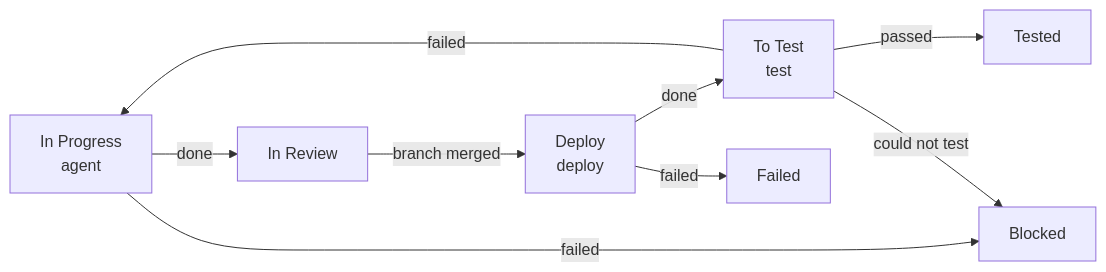
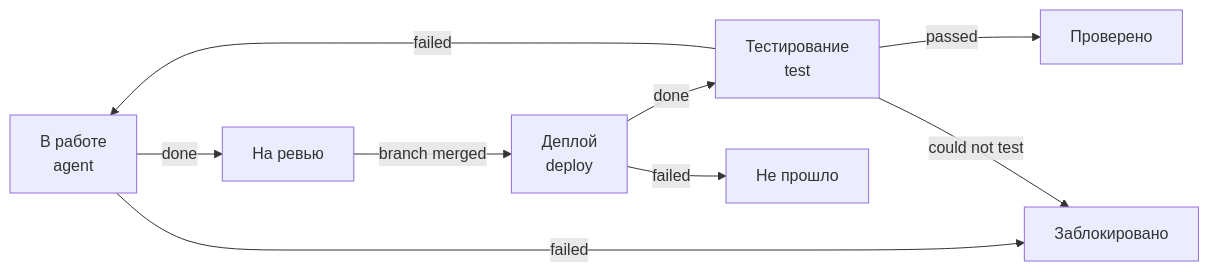
The third of 5 diagrams in docs/flows.md (artipop/xciii), drawn with Mermaid before and after one commit. The commit also changed other lines of this file and 19 other files, not shown here.

````diff
--- a/docs/flows.md
+++ b/docs/flows.md
@@ -127,11 +127,11 @@
 ```mermaid
 flowchart LR
-    P["In Progress<br/>agent"] -->|done| R["In Review"]
-    P -->|failed| B["Blocked"]
-    R -->|branch merged| D["Deploy<br/>deploy"]
-    D -->|done| T["To Test<br/>test"]
-    D -->|failed| F["Failed"]
-    T -->|passed| OK["Tested"]
+    P["В работе<br/>agent"] -->|done| R["На ревью"]
+    P -->|failed| B["Заблокировано"]
+    R -->|branch merged| D["Деплой<br/>deploy"]
+    D -->|done| T["Тестирование<br/>test"]
+    D -->|failed| F["Не прошло"]
+    T -->|passed| OK["Проверено"]
     T -->|failed| P
     T -->|could not test| B
 ```
````
